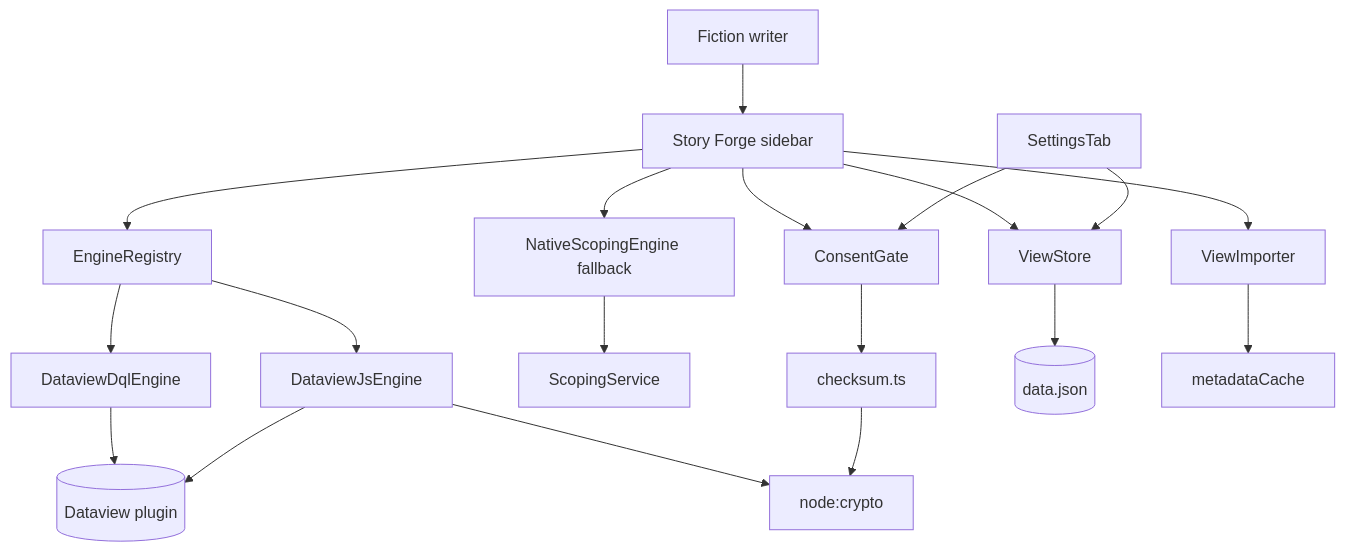
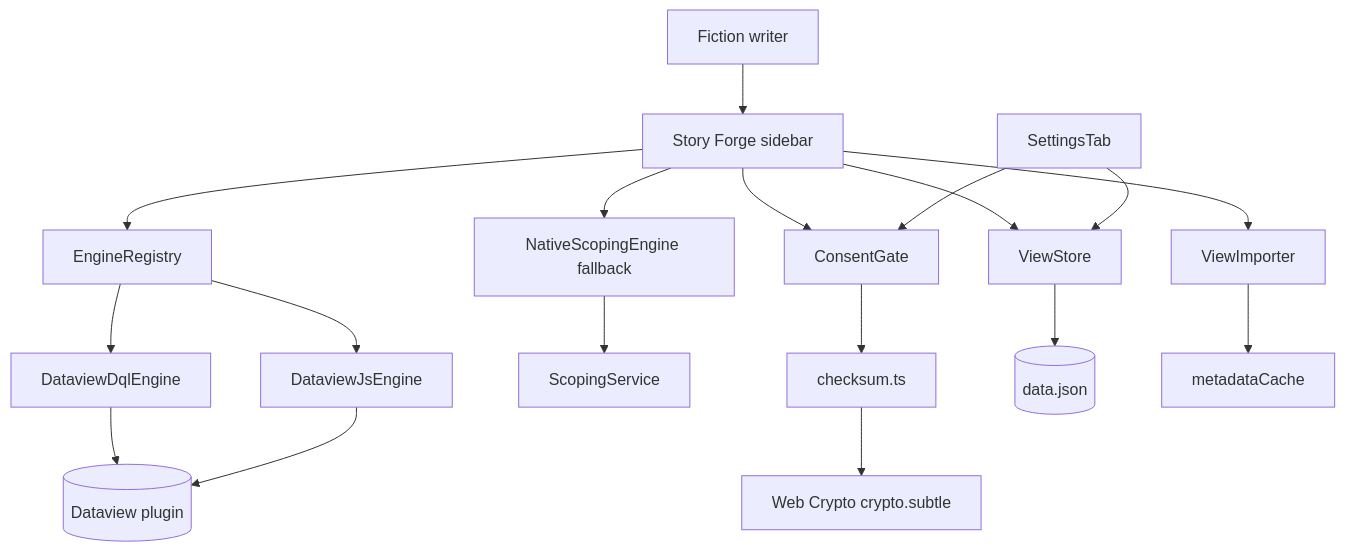
The first of 7 diagrams in docs/XDD/specs/002-query-engine-dataview/solution.md (MMoMM-org/obsidian-story-forge), drawn with Mermaid before and after one commit. The commit also changed other lines of this file and 8 other files, not shown here.

````diff
--- a/docs/XDD/specs/002-query-engine-dataview/solution.md
+++ b/docs/XDD/specs/002-query-engine-dataview/solution.md
@@ -127,21 +127,20 @@
 ```mermaid
 graph TB
     Writer[Fiction writer] --> Panel[Story Forge sidebar]
     Panel --> ER[EngineRegistry]
     Panel --> CG[ConsentGate]
     Panel --> Store[ViewStore]
     Panel --> NAT[NativeScopingEngine fallback]
     ER --> DQL[DataviewDqlEngine]
     ER --> DVJ[DataviewJsEngine]
     DQL --> DV[(Dataview plugin)]
     DVJ --> DV
-    DVJ --> Crypto[node:crypto]
     NAT --> SC[ScopingService]
     CG --> CH[checksum.ts]
-    CH --> Crypto
+    CH --> Crypto[Web Crypto crypto.subtle]
     Store --> DJ[(data.json)]
     Panel --> VI[ViewImporter]
     VI --> MC[metadataCache]
     Settings[SettingsTab] --> Store
     Settings --> CG
 ```
````
